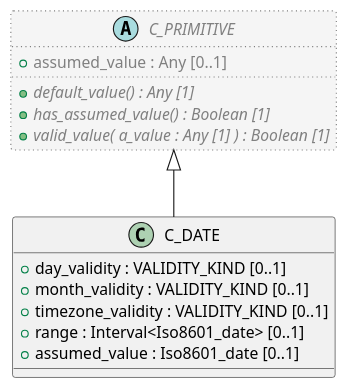
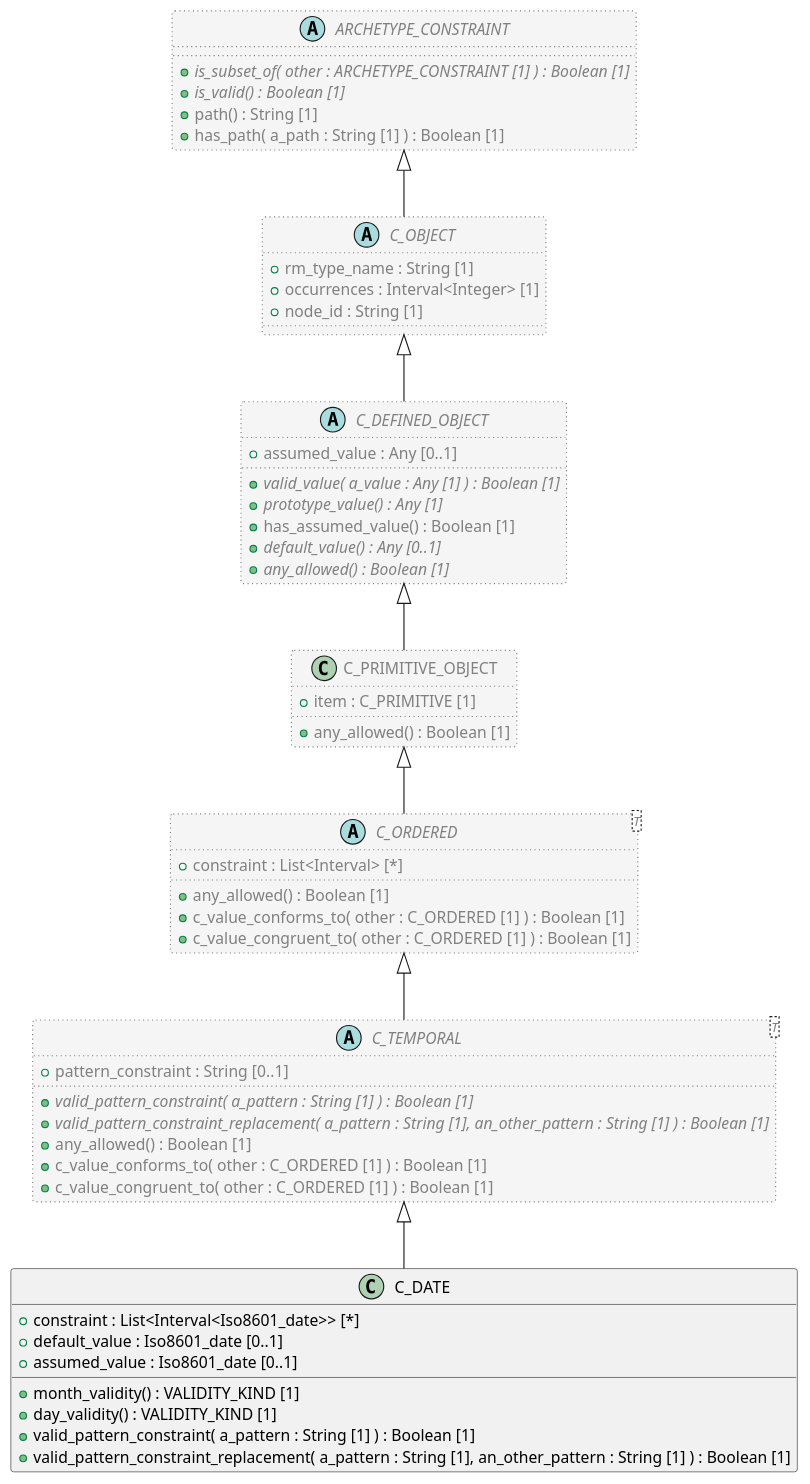
Before and after one commit to sebastian-iancu/code-generator: the diagram in code/Adoc/openehr_am_2.3.0/plantUML/classes/org.openehr.am.aom2.c_date.adoc, drawn with PlantUML. The commit also changed 1228 other files, not shown here.

```diff
--- a/code/Adoc/openehr_am_2.3.0/plantUML/classes/org.openehr.am.aom2.c_date.adoc
+++ b/code/Adoc/openehr_am_2.3.0/plantUML/classes/org.openehr.am.aom2.c_date.adoc
@@ -1,24 +1,72 @@
 [plantuml,C_DATE,format=svg,svg-type="inline"]
 -----
 @startuml
 
 class C_DATE {
-  + day_validity : VALIDITY_KIND [0..1]
-  + month_validity : VALIDITY_KIND [0..1]
-  + timezone_validity : VALIDITY_KIND [0..1]
-  + range : Interval<Iso8601_date> [0..1]
+  + constraint : List<Interval<Iso8601_date>> [*]
+  + default_value : Iso8601_date [0..1]
   + assumed_value : Iso8601_date [0..1]
+  + month_validity() : VALIDITY_KIND [1]
+  + day_validity() : VALIDITY_KIND [1]
+  + valid_pattern_constraint( a_pattern : String [1] ) : Boolean [1]
+  + valid_pattern_constraint_replacement( a_pattern : String [1], an_other_pattern : String [1] ) : Boolean [1]
 }
 
-abstract class C_PRIMITIVE  #whitesmoke;line:gray;line.dotted;text:gray {
-  + assumed_value : Any [0..1]
-  + {abstract} default_value() : Any [1]
-  + {abstract} has_assumed_value() : Boolean [1]
-  + {abstract} valid_value( a_value : Any [1] ) : Boolean [1]
+abstract class C_TEMPORAL <T>  #whitesmoke;line:gray;line.dotted;text:gray {
+  + pattern_constraint : String [0..1]
+  + {abstract} valid_pattern_constraint( a_pattern : String [1] ) : Boolean [1]
+  + {abstract} valid_pattern_constraint_replacement( a_pattern : String [1], an_other_pattern : String [1] ) : Boolean [1]
+  + any_allowed() : Boolean [1]
+  + c_value_conforms_to( other : C_ORDERED [1] ) : Boolean [1]
+  + c_value_congruent_to( other : C_ORDERED [1] ) : Boolean [1]
 }
 
-C_PRIMITIVE <|-- C_DATE
+abstract class C_ORDERED <T>  #whitesmoke;line:gray;line.dotted;text:gray {
+  + constraint : List<Interval> [*]
+  + any_allowed() : Boolean [1]
+  + c_value_conforms_to( other : C_ORDERED [1] ) : Boolean [1]
+  + c_value_congruent_to( other : C_ORDERED [1] ) : Boolean [1]
+}
+
+class C_PRIMITIVE_OBJECT  #whitesmoke;line:gray;line.dotted;text:gray {
+  + item : C_PRIMITIVE [1]
+  + any_allowed() : Boolean [1]
+}
+
+abstract class C_DEFINED_OBJECT  #whitesmoke;line:gray;line.dotted;text:gray {
+  + assumed_value : Any [0..1]
+  + {abstract} valid_value( a_value : Any [1] ) : Boolean [1]
+  + {abstract} prototype_value() : Any [1]
+  + has_assumed_value() : Boolean [1]
+  + {abstract} default_value() : Any [0..1]
+  + {abstract} any_allowed() : Boolean [1]
+}
+
+abstract class C_OBJECT  #whitesmoke;line:gray;line.dotted;text:gray {
+  + rm_type_name : String [1]
+  + occurrences : Interval<Integer> [1]
+  + node_id : String [1]
+}
+
+abstract class ARCHETYPE_CONSTRAINT  #whitesmoke;line:gray;line.dotted;text:gray {
+  + {abstract} is_subset_of( other : ARCHETYPE_CONSTRAINT [1] ) : Boolean [1]
+  + {abstract} is_valid() : Boolean [1]
+  + path() : String [1]
+  + has_path( a_path : String [1] ) : Boolean [1]
+}
+
+ARCHETYPE_CONSTRAINT <|-- C_OBJECT
+
+C_OBJECT <|-- C_DEFINED_OBJECT
+
+C_DEFINED_OBJECT <|-- C_PRIMITIVE_OBJECT
+
+C_PRIMITIVE_OBJECT <|-- C_ORDERED
+
+C_ORDERED <|-- C_TEMPORAL
+
+C_TEMPORAL <|-- C_DATE
 
 
 @enduml
 -----
```
